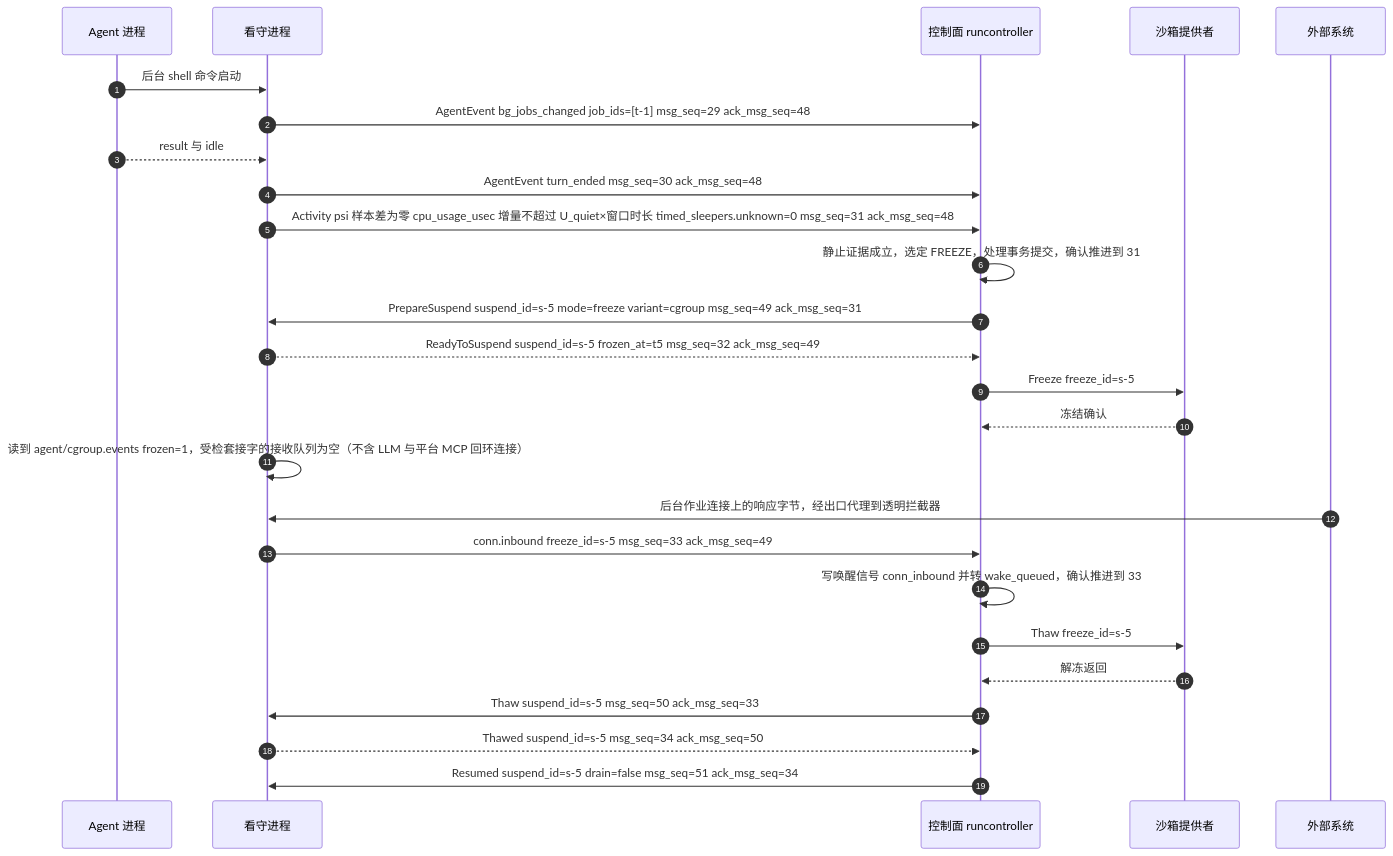
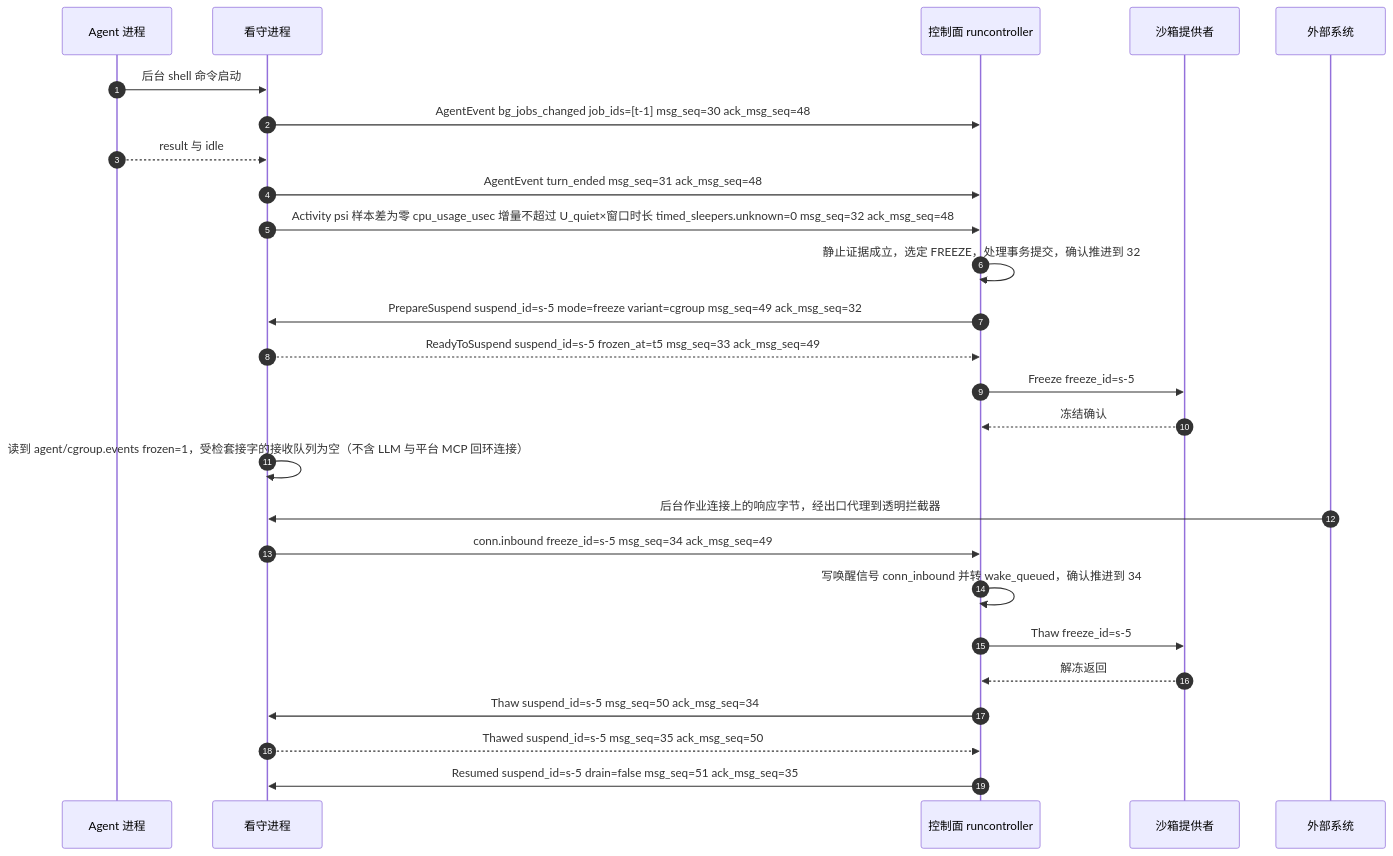
Before and after one commit to wangzw/castworks: the seventh of 8 diagrams in docs/design/modules/design-agentprotocol.md, drawn with Mermaid. The commit also changed other lines of this file and 16 other files, not shown here.

````diff
--- a/docs/design/modules/design-agentprotocol.md
+++ b/docs/design/modules/design-agentprotocol.md
@@ -514,28 +520,28 @@
 ```mermaid
 sequenceDiagram
     autonumber
     participant A as Agent 进程
     participant W as 看守进程
     participant R as 控制面 runcontroller
     participant P as 沙箱提供者
     participant X as 外部系统
     A->>W: 后台 shell 命令启动
-    W->>R: AgentEvent bg_jobs_changed job_ids=[t-1] msg_seq=29 ack_msg_seq=48
+    W->>R: AgentEvent bg_jobs_changed job_ids=[t-1] msg_seq=30 ack_msg_seq=48
     A-->>W: result 与 idle
-    W->>R: AgentEvent turn_ended msg_seq=30 ack_msg_seq=48
-    W->>R: Activity psi 样本差为零 cpu_usage_usec 增量不超过 U_quiet×窗口时长 timed_sleepers.unknown=0 msg_seq=31 ack_msg_seq=48
-    R->>R: 静止证据成立，选定 FREEZE，处理事务提交，确认推进到 31
-    R->>W: PrepareSuspend suspend_id=s-5 mode=freeze variant=cgroup msg_seq=49 ack_msg_seq=31
-    W-->>R: ReadyToSuspend suspend_id=s-5 frozen_at=t5 msg_seq=32 ack_msg_seq=49
+    W->>R: AgentEvent turn_ended msg_seq=31 ack_msg_seq=48
+    W->>R: Activity psi 样本差为零 cpu_usage_usec 增量不超过 U_quiet×窗口时长 timed_sleepers.unknown=0 msg_seq=32 ack_msg_seq=48
+    R->>R: 静止证据成立，选定 FREEZE，处理事务提交，确认推进到 32
+    R->>W: PrepareSuspend suspend_id=s-5 mode=freeze variant=cgroup msg_seq=49 ack_msg_seq=32
+    W-->>R: ReadyToSuspend suspend_id=s-5 frozen_at=t5 msg_seq=33 ack_msg_seq=49
     R->>P: Freeze freeze_id=s-5
     P-->>R: 冻结确认
     W->>W: 读到 agent/cgroup.events frozen=1，受检套接字的接收队列为空（不含 LLM 与平台 MCP 回环连接）
     X->>W: 后台作业连接上的响应字节，经出口代理到透明拦截器
-    W->>R: conn.inbound freeze_id=s-5 msg_seq=33 ack_msg_seq=49
-    R->>R: 写唤醒信号 conn_inbound 并转 wake_queued，确认推进到 33
+    W->>R: conn.inbound freeze_id=s-5 msg_seq=34 ack_msg_seq=49
+    R->>R: 写唤醒信号 conn_inbound 并转 wake_queued，确认推进到 34
     R->>P: Thaw freeze_id=s-5
     P-->>R: 解冻返回
-    R->>W: Thaw suspend_id=s-5 msg_seq=50 ack_msg_seq=33
-    W-->>R: Thawed suspend_id=s-5 msg_seq=34 ack_msg_seq=50
-    R->>W: Resumed suspend_id=s-5 drain=false msg_seq=51 ack_msg_seq=34
+    R->>W: Thaw suspend_id=s-5 msg_seq=50 ack_msg_seq=34
+    W-->>R: Thawed suspend_id=s-5 msg_seq=35 ack_msg_seq=50
+    R->>W: Resumed suspend_id=s-5 drain=false msg_seq=51 ack_msg_seq=35
 ```
````
